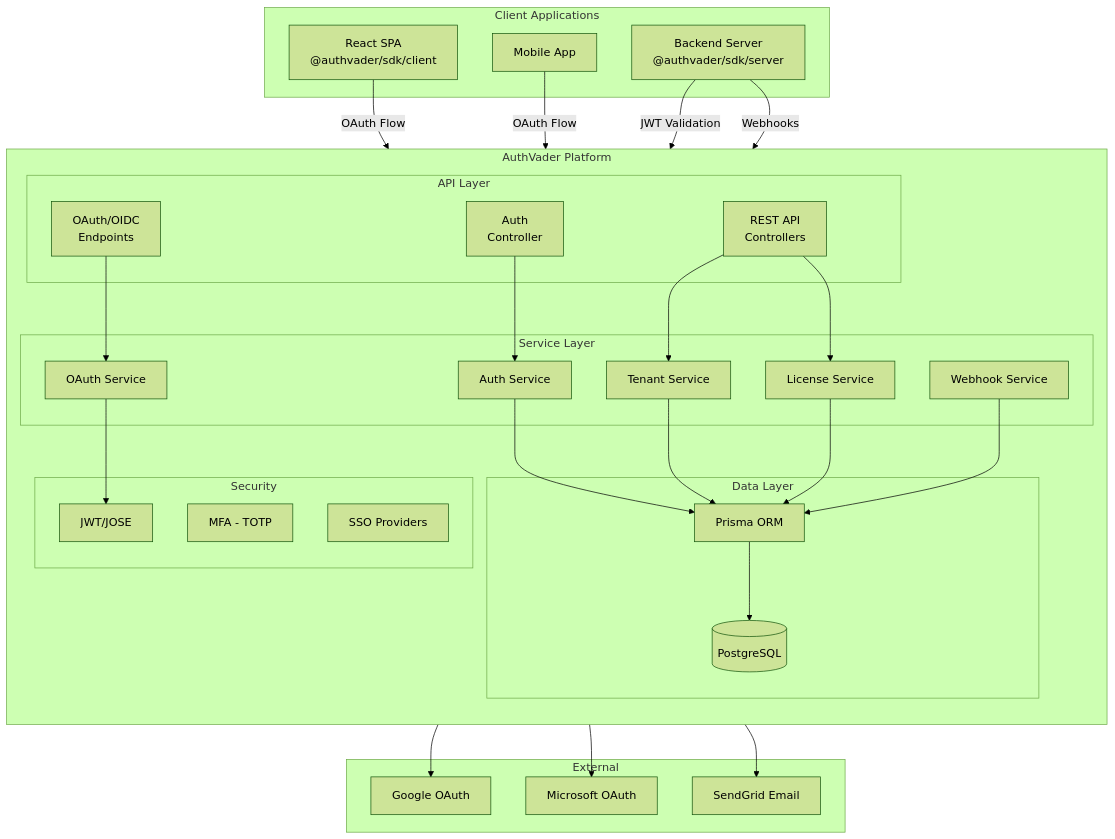
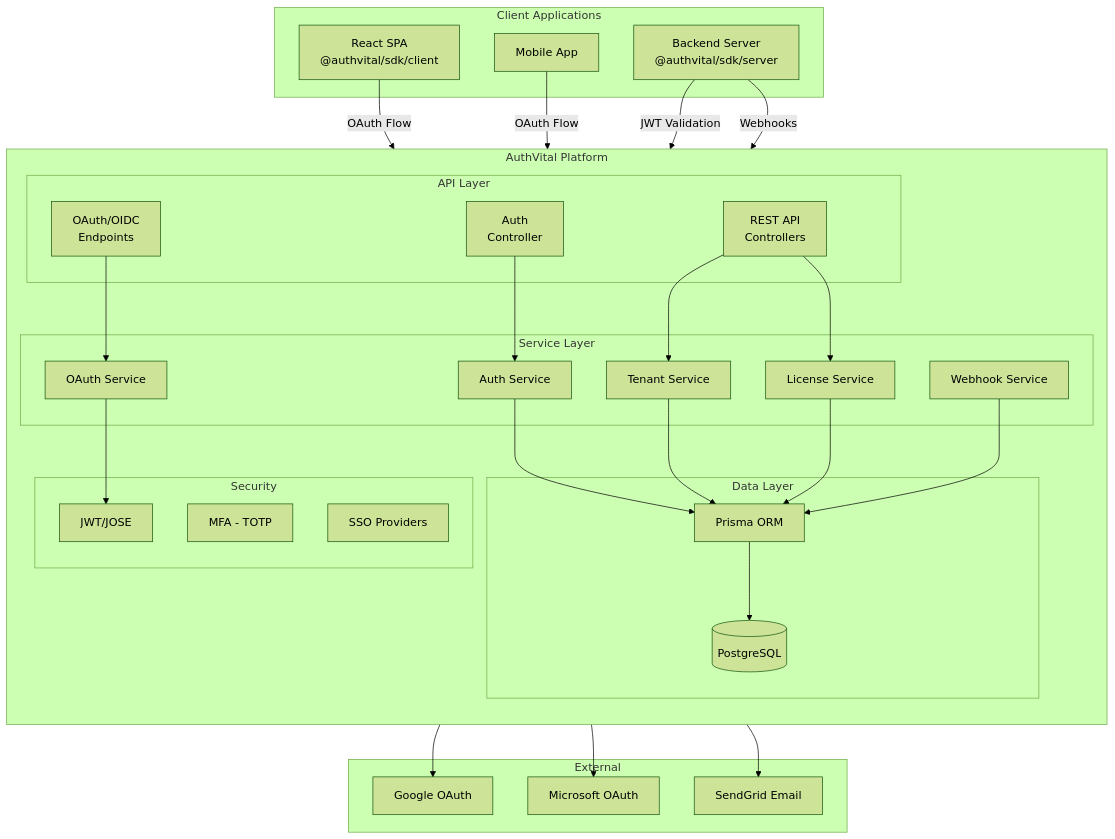
The first of 6 diagrams in docs/concepts/architecture.md (fed-stew/authvital), drawn with Mermaid (forest theme) before and after one commit. The commit also changed other lines of this file and 123 other files, not shown here.

````diff
--- a/docs/concepts/architecture.md
+++ b/docs/concepts/architecture.md
@@ -17,64 +17,64 @@
 ```mermaid
 graph TB
     subgraph "Client Applications"
-        SPA[React SPA<br/>@authvader/sdk/client]
+        SPA[React SPA<br/>@authvital/sdk/client]
         Mobile[Mobile App]
-        Server[Backend Server<br/>@authvader/sdk/server]
+        Server[Backend Server<br/>@authvital/sdk/server]
     end
 
-    subgraph "AuthVader Platform"
+    subgraph "AuthVital Platform"
         direction TB
         subgraph "API Layer"
             OAuth[OAuth/OIDC<br/>Endpoints]
             Auth[Auth<br/>Controller]
             API[REST API<br/>Controllers]
         end
         
         subgraph "Service Layer"
             AuthSvc[Auth Service]
             OAuthSvc[OAuth Service]
             TenantSvc[Tenant Service]
             LicenseSvc[License Service]
             WebhookSvc[Webhook Service]
         end
         
         subgraph "Data Layer"
             Prisma[Prisma ORM]
             DB[(PostgreSQL)]
         end
         
         subgraph "Security"
             JWT[JWT/JOSE]
             MFA[MFA - TOTP]
             SSO[SSO Providers]
         end
     end
 
     subgraph "External"
         Google[Google OAuth]
         Microsoft[Microsoft OAuth]
         SendGrid[SendGrid Email]
     end
 
     SPA -->|OAuth Flow| OAuth
     Mobile -->|OAuth Flow| OAuth
     Server -->|JWT Validation| API
     Server -->|Webhooks| WebhookSvc
     
     OAuth --> OAuthSvc
     Auth --> AuthSvc
     API --> TenantSvc
     API --> LicenseSvc
     
     AuthSvc --> Prisma
     OAuthSvc --> JWT
     TenantSvc --> Prisma
     LicenseSvc --> Prisma
     WebhookSvc --> Prisma
     
     Prisma --> DB
     
     SSO --> Google
     SSO --> Microsoft
     AuthSvc --> SendGrid
 ```
````
